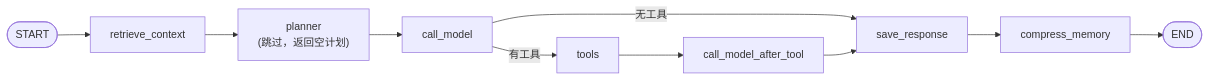
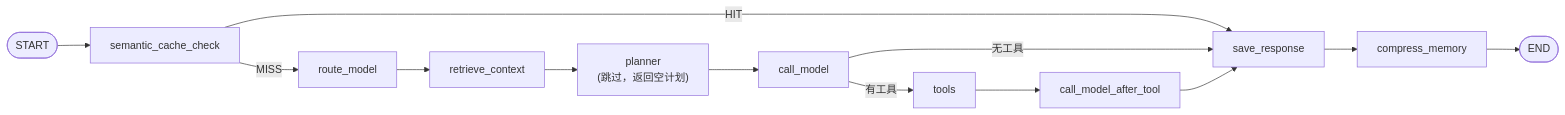
One commit to toolclub/wechat changed the third of 13 diagrams in llm-chat/backend/README.md. Above: the diagram before and after it, drawn with Mermaid. The commit also changed other lines of this file and 38 other files, not shown here.

````diff
--- a/llm-chat/backend/README.md
+++ b/llm-chat/backend/README.md
@@ -122,12 +120,15 @@
 ```mermaid
 flowchart LR
-    S([START]) --> RC[retrieve_context]
+    S([START]) --> CC[semantic_cache_check]
+    CC -->|HIT| SR[save_response]
+    CC -->|MISS| RM[route_model]
+    RM --> RC[retrieve_context]
     RC --> PL["planner\n(跳过，返回空计划)"]
     PL --> CM[call_model]
-    CM -->|无工具| SR[save_response]
+    CM -->|无工具| SR
     CM -->|有工具| T[tools]
     T --> CMT[call_model_after_tool]
     CMT --> SR
     SR --> CMP[compress_memory]
     CMP --> E([END])
 ```
````
